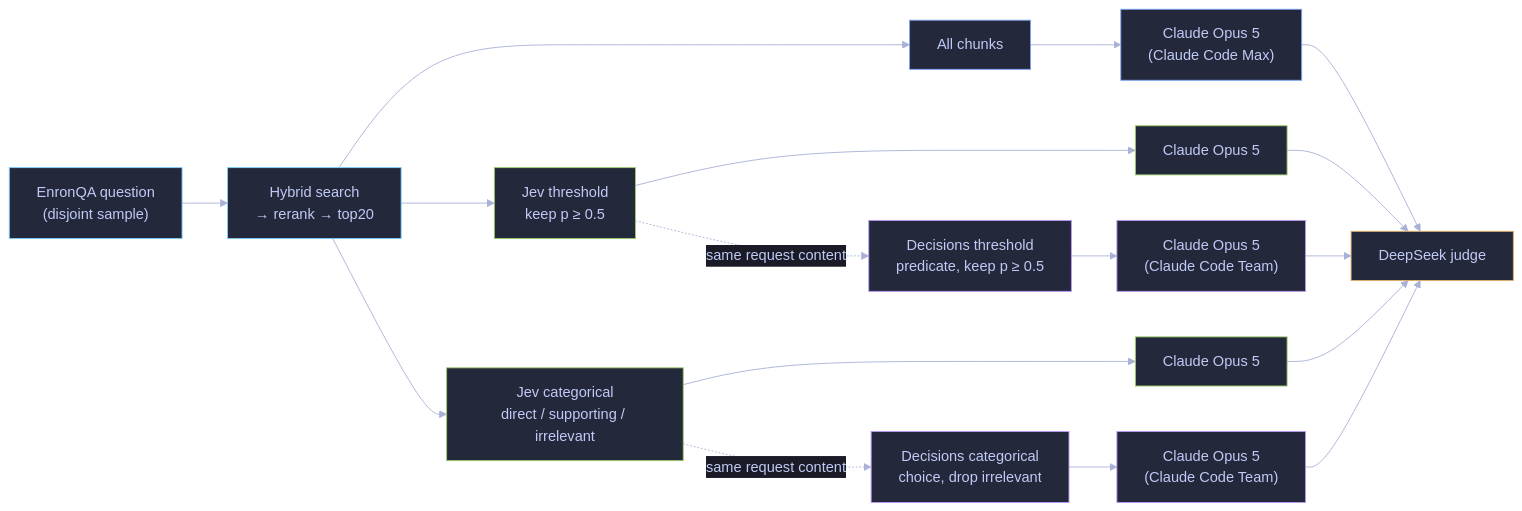
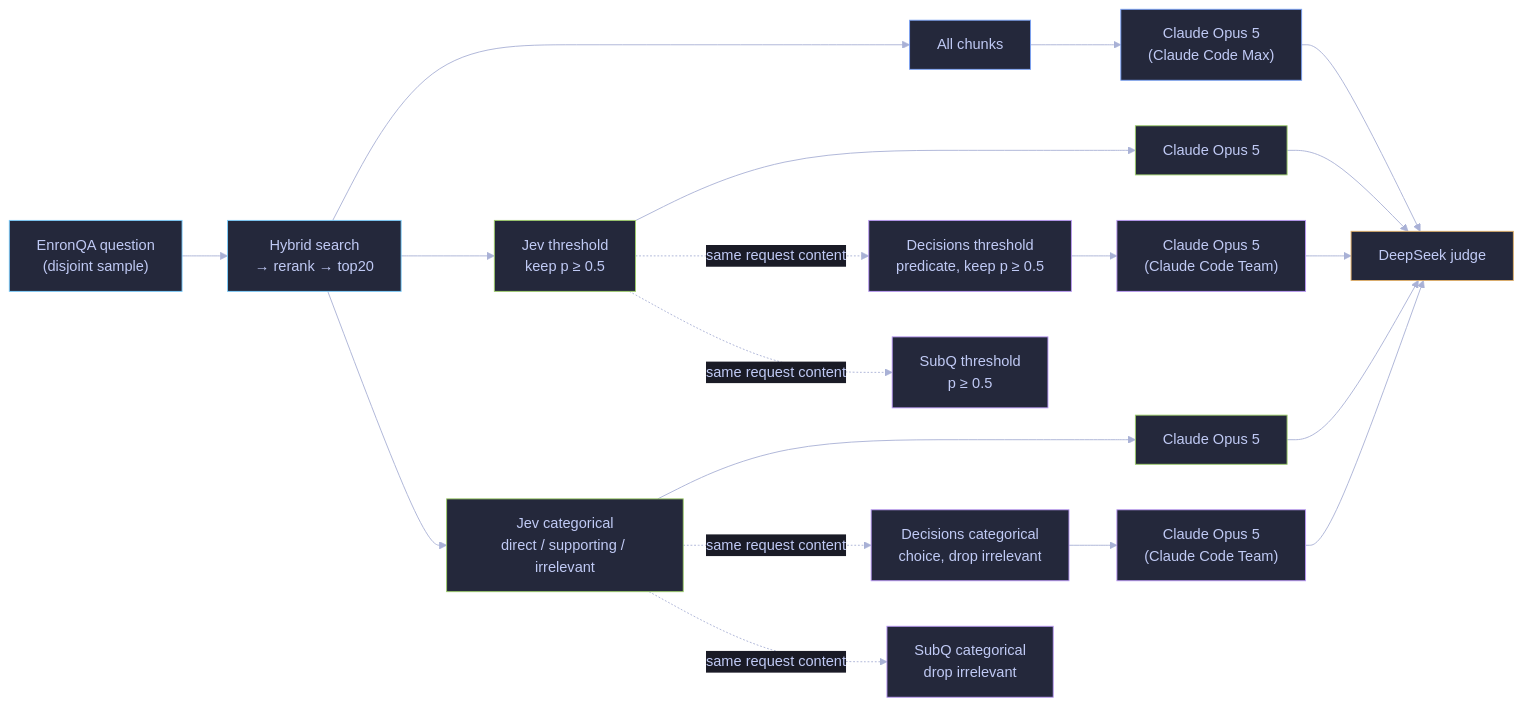
The first of 2 diagrams in experiments/jev-search-result-narrower-claude-RAG/README.md (dorkitude/decision-model-testing), drawn with Mermaid before and after one commit. The commit also changed other lines of this file and 9 other files, not shown here.

````diff
--- a/experiments/jev-search-result-narrower-claude-RAG/README.md
+++ b/experiments/jev-search-result-narrower-claude-RAG/README.md
@@ -21,25 +21,27 @@
 ```mermaid
 %%{init: {"theme": "base", "themeVariables": {"background": "#1a1b26", "primaryColor": "#24283b", "primaryTextColor": "#c0caf5", "textColor": "#c0caf5", "primaryBorderColor": "#7aa2f7", "lineColor": "#a9b1d6", "edgeLabelBackground": "#1a1b26"}}}%%
 flowchart LR
     Q["EnronQA question<br/>(disjoint sample)"] --> S["Hybrid search<br/>→ rerank → top20"]
     S --> B["All chunks"] --> CB["Claude Opus 5<br/>(Claude Code Max)"]
     S --> T["Jev threshold<br/>keep p ≥ 0.5"] --> CT["Claude Opus 5"]
     S --> C["Jev categorical<br/>direct / supporting / irrelevant"] --> CC["Claude Opus 5"]
     T -. "same request content" .-> DT["Decisions threshold<br/>predicate, keep p ≥ 0.5"] --> CDT["Claude Opus 5<br/>(Claude Code Team)"]
     C -. "same request content" .-> DC["Decisions categorical<br/>choice, drop irrelevant"] --> CDC["Claude Opus 5<br/>(Claude Code Team)"]
+    T -. "same request content" .-> ST["SubQ threshold<br/>p ≥ 0.5"]
+    C -. "same request content" .-> SC["SubQ categorical<br/>drop irrelevant"]
     CB --> G["DeepSeek judge"]
     CT --> G
     CC --> G
     CDT --> G
     CDC --> G
     classDef shared fill:#24283b,stroke:#7dcfff,color:#c0caf5;
     classDef baseline fill:#24283b,stroke:#7aa2f7,color:#c0caf5;
     classDef jev fill:#24283b,stroke:#9ece6a,color:#c0caf5;
     classDef decisions fill:#24283b,stroke:#bb9af7,color:#c0caf5;
     classDef score fill:#24283b,stroke:#e0af68,color:#c0caf5;
     class Q,S shared;
     class B,CB baseline;
     class T,CT,C,CC jev;
-    class DT,CDT,DC,CDC decisions;
+    class DT,CDT,DC,CDC,ST,SC decisions;
     class G score;
 ```
````
